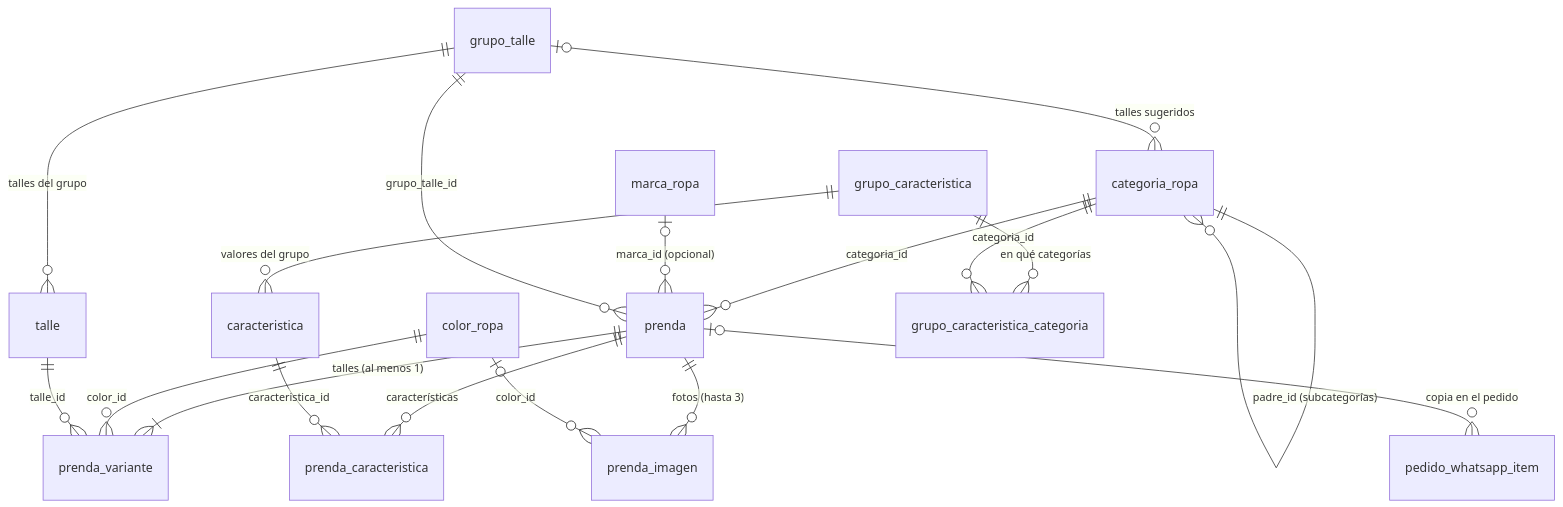
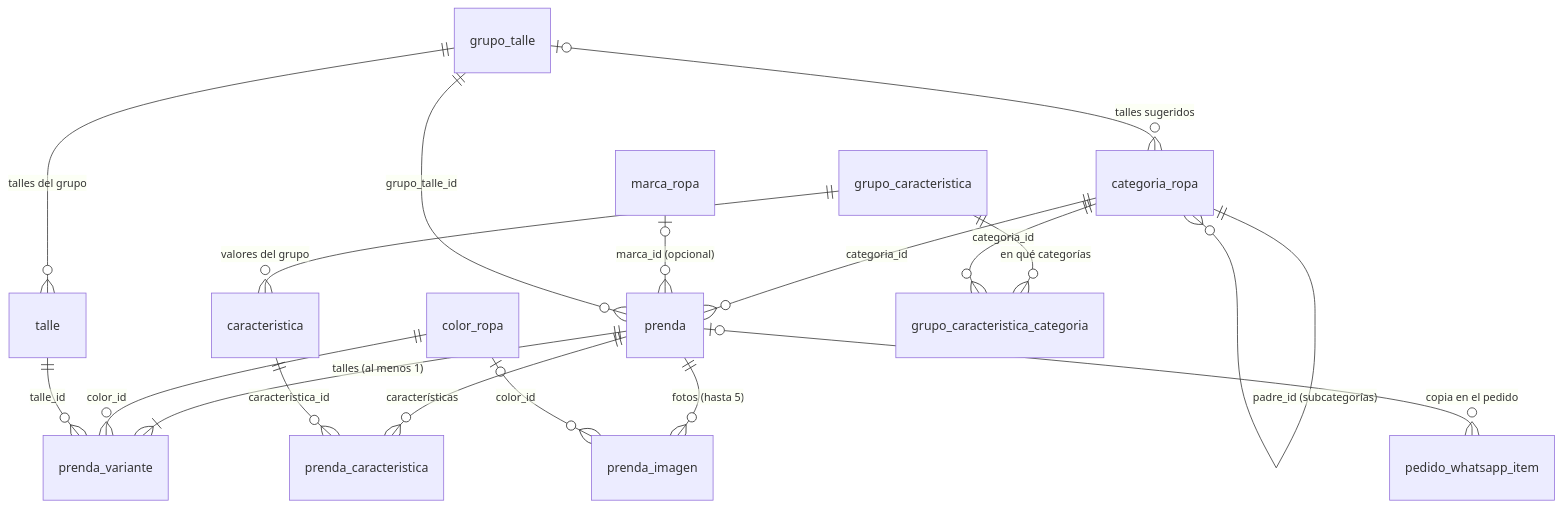
Before and after one commit to NahuelRiveros/ProyectoStilos: the diagram in docs/specs/tienda_ropa/prendas_datos.md, drawn with Mermaid. The commit also changed other lines of this file and 5 other files, not shown here.

First line of the commit message:
Prendas: hasta 5 fotos (antes 3)

````diff
--- a/docs/specs/tienda_ropa/prendas_datos.md
+++ b/docs/specs/tienda_ropa/prendas_datos.md
@@ -20,20 +20,20 @@
 ```mermaid
 erDiagram
   categoria_ropa ||--o{ categoria_ropa : "padre_id (subcategorías)"
   grupo_talle ||--o{ talle : "talles del grupo"
   grupo_talle |o--o{ categoria_ropa : "talles sugeridos"
   categoria_ropa ||--o{ prenda : "categoria_id"
   marca_ropa |o--o{ prenda : "marca_id (opcional)"
   grupo_talle ||--o{ prenda : "grupo_talle_id"
   prenda ||--|{ prenda_variante : "talles (al menos 1)"
   color_ropa ||--o{ prenda_variante : "color_id"
   talle ||--o{ prenda_variante : "talle_id"
-  prenda ||--o{ prenda_imagen : "fotos (hasta 3)"
+  prenda ||--o{ prenda_imagen : "fotos (hasta 5)"
   color_ropa |o--o{ prenda_imagen : "color_id"
   prenda ||--o{ prenda_caracteristica : "características"
   caracteristica ||--o{ prenda_caracteristica : "caracteristica_id"
   grupo_caracteristica ||--o{ caracteristica : "valores del grupo"
   grupo_caracteristica ||--o{ grupo_caracteristica_categoria : "en qué categorías"
   categoria_ropa ||--o{ grupo_caracteristica_categoria : "categoria_id"
   prenda |o--o{ pedido_whatsapp_item : "copia en el pedido"
 ```
````
